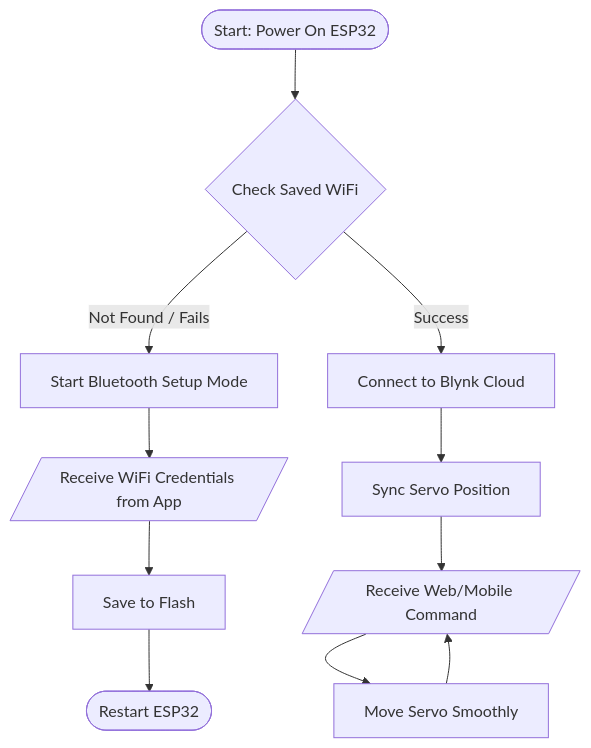
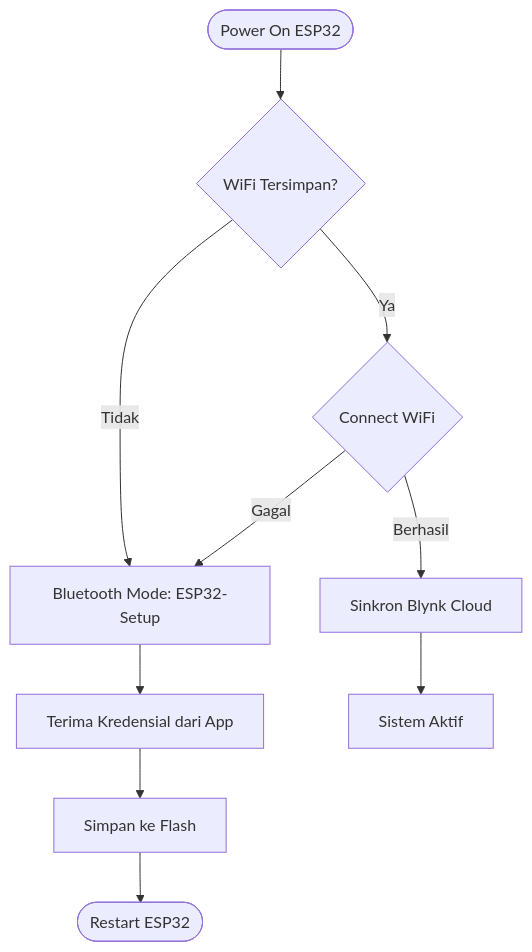
The second of 2 diagrams in README.md (rizkygm23/smartcloches-controller-iot), drawn with Mermaid before and after one commit. The commit also changed other lines of this file and 29 other files, not shown here.

````diff
--- a/README.md
+++ b/README.md
@@ -126,17 +302,14 @@
 ```mermaid
 flowchart TD
-    A([Start: Power On ESP32]) --> B{Check Saved WiFi}
-    
-    B -- "Not Found / Fails" --> C[Start Bluetooth Setup Mode]
-    C --> D[/Receive WiFi Credentials from App/]
-    D --> E[Save to Flash]
+    A([Power On ESP32]) --> B{WiFi Tersimpan?}
+
+    B -- Tidak --> C[Bluetooth Mode: ESP32-Setup]
+    C --> D[Terima Kredensial dari App]
+    D --> E[Simpan ke Flash]
     E --> F([Restart ESP32])
-    
-    B -- "Success" --> G[Connect to Blynk Cloud]
-    G --> H[Sync Servo Position]
-    
-    H --> I[/Receive Web/Mobile Command/]
-    
-    I --> J[Move Servo Smoothly]
-    J --> I
+
+    B -- Ya --> G{Connect WiFi}
+    G -- Gagal --> C
+    G -- Berhasil --> H[Sinkron Blynk Cloud]
+    H --> I[Sistem Aktif]
 ```
````
